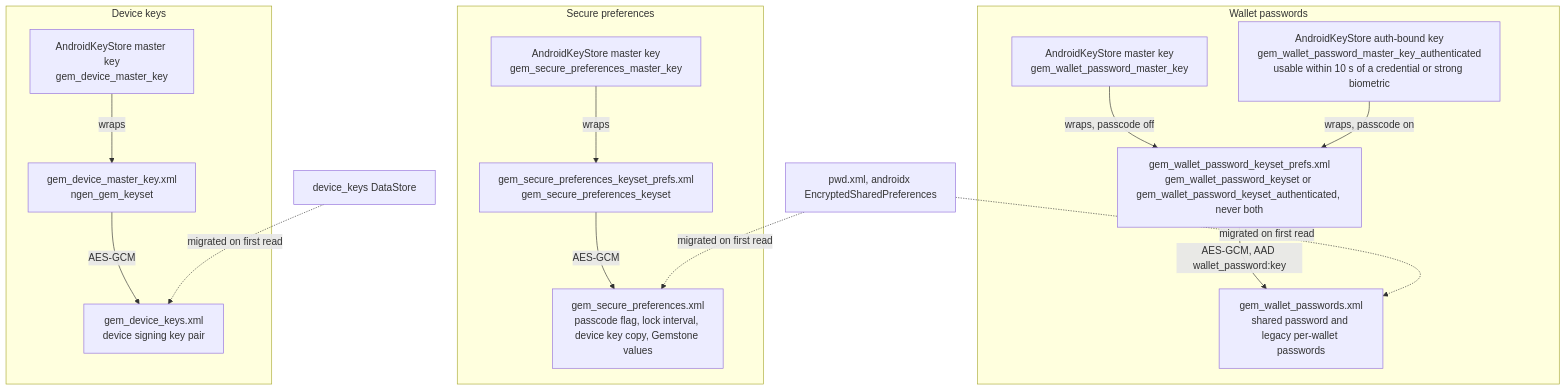
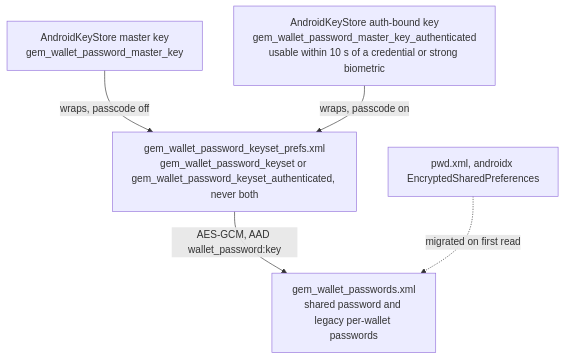
Before and after one commit to gemwalletcom/wallet: the first of 3 diagrams in docs/KEYSTORE_V4.md, drawn with Mermaid. The commit also changed other lines of this file, not shown here.

Commit message:
Keep the password keyset diagram to the password store

````diff
--- a/docs/KEYSTORE_V4.md
+++ b/docs/KEYSTORE_V4.md
@@ -134,29 +134,12 @@
 ```mermaid
 flowchart TD
-    subgraph Passwords["Wallet passwords"]
-        PM["AndroidKeyStore master key<br/>gem_wallet_password_master_key"]
-        PA["AndroidKeyStore auth-bound key<br/>gem_wallet_password_master_key_authenticated<br/>usable within 10 s of a credential or strong biometric"]
-        PK["gem_wallet_password_keyset_prefs.xml<br/>gem_wallet_password_keyset or gem_wallet_password_keyset_authenticated, never both"]
-        PV["gem_wallet_passwords.xml<br/>shared password and legacy per-wallet passwords"]
-        PM -- "wraps, passcode off" --> PK
-        PA -- "wraps, passcode on" --> PK
-        PK -- "AES-GCM, AAD wallet_password:key" --> PV
-    end
-    subgraph Prefs["Secure preferences"]
-        SM["AndroidKeyStore master key<br/>gem_secure_preferences_master_key"]
-        SK["gem_secure_preferences_keyset_prefs.xml<br/>gem_secure_preferences_keyset"]
-        SV["gem_secure_preferences.xml<br/>passcode flag, lock interval, device key copy, Gemstone values"]
-        SM -- "wraps" --> SK
-        SK -- "AES-GCM" --> SV
-    end
-    subgraph Device["Device keys"]
-        DM["AndroidKeyStore master key<br/>gem_device_master_key"]
-        DK["gem_device_master_key.xml<br/>ngen_gem_keyset"]
-        DV["gem_device_keys.xml<br/>device signing key pair"]
-        DM -- "wraps" --> DK
-        DK -- "AES-GCM" --> DV
-    end
-    Legacy["pwd.xml, androidx EncryptedSharedPreferences"] -. "migrated on first read" .-> PV
-    Legacy -. "migrated on first read" .-> SV
-    DataStore["device_keys DataStore"] -. "migrated on first read" .-> DV
+    PM["AndroidKeyStore master key<br/>gem_wallet_password_master_key"]
+    PA["AndroidKeyStore auth-bound key<br/>gem_wallet_password_master_key_authenticated<br/>usable within 10 s of a credential or strong biometric"]
+    PK["gem_wallet_password_keyset_prefs.xml<br/>gem_wallet_password_keyset or gem_wallet_password_keyset_authenticated, never both"]
+    PV["gem_wallet_passwords.xml<br/>shared password and legacy per-wallet passwords"]
+    Legacy["pwd.xml, androidx EncryptedSharedPreferences"]
+    PM -- "wraps, passcode off" --> PK
+    PA -- "wraps, passcode on" --> PK
+    PK -- "AES-GCM, AAD wallet_password:key" --> PV
+    Legacy -. "migrated on first read" .-> PV
 ```
````
